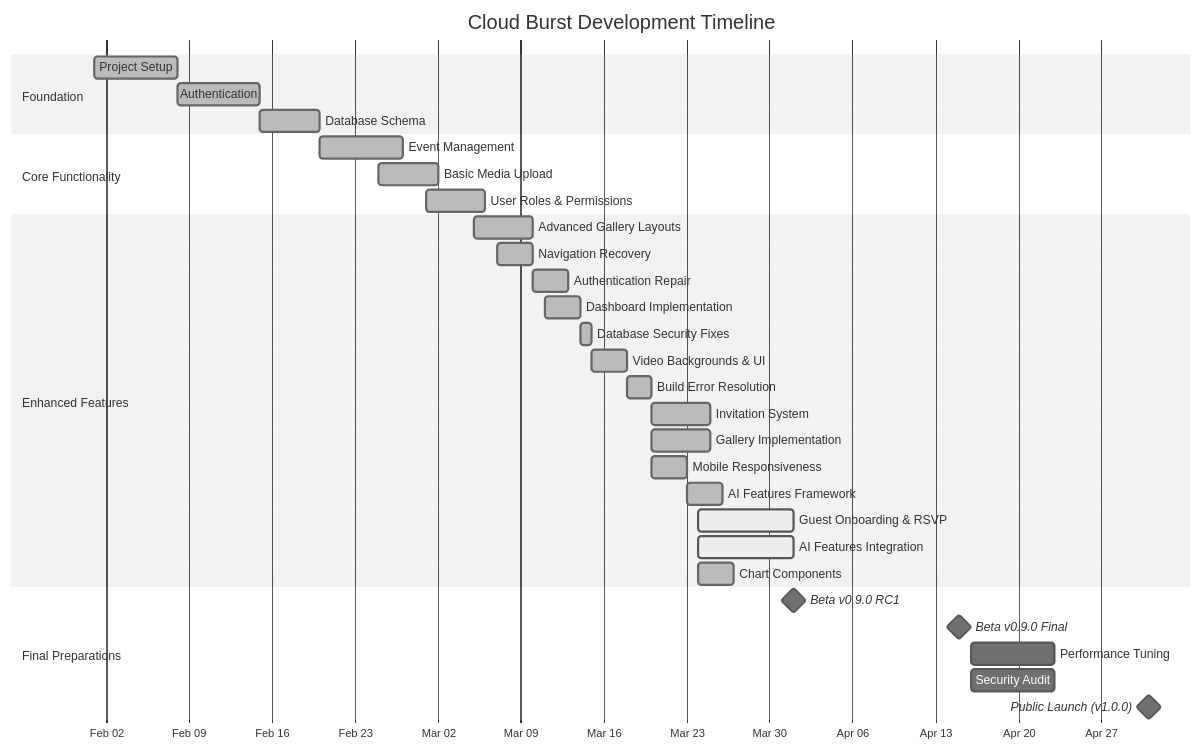
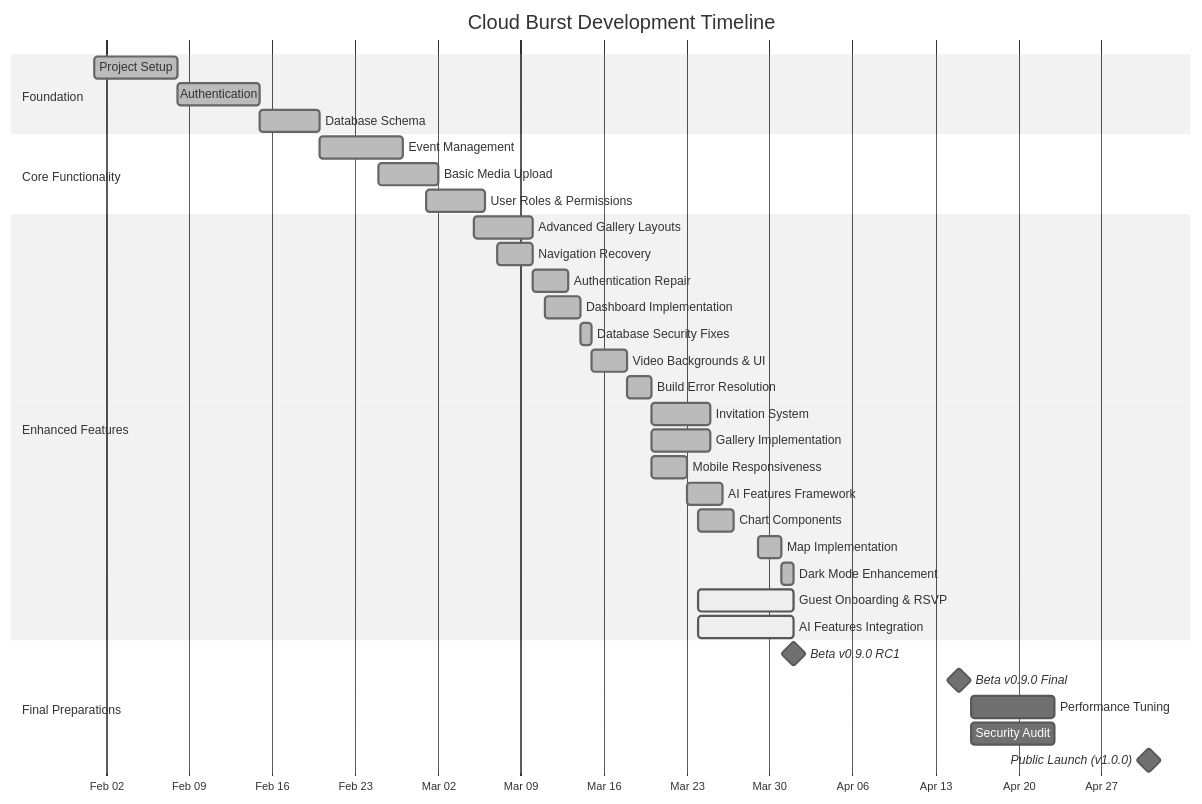
One commit to mrj0nesmtl/cloud-burst changed the first of 2 diagrams in docs/planning/roadmap.md. Above: the diagram before and after it, drawn with Mermaid (neutral theme). The commit also changed other lines of this file and 2 other files, not shown here.

````diff
--- a/docs/planning/roadmap.md
+++ b/docs/planning/roadmap.md
@@ -134,39 +144,41 @@
 ```mermaid
 gantt
     title Cloud Burst Development Timeline
     dateFormat  YYYY-MM-DD
     axisFormat %b %d
     
     section Foundation
     Project Setup           :done, f1, 2025-02-01, 7d
     Authentication          :done, f2, 2025-02-08, 7d
     Database Schema         :done, f3, 2025-02-15, 5d
     
     section Core Functionality
     Event Management        :done, c1, 2025-02-20, 7d
     Basic Media Upload      :done, c2, 2025-02-25, 5d
     User Roles & Permissions:done, c3, 2025-03-01, 5d
     
     section Enhanced Features
     Advanced Gallery Layouts:done, e1, 2025-03-05, 5d
     Navigation Recovery     :done, e2, 2025-03-07, 3d
     Authentication Repair   :done, e3, 2025-03-10, 3d
     Dashboard Implementation:done, e4, 2025-03-11, 3d
     Database Security Fixes :done, e5, 2025-03-14, 1d
     Video Backgrounds & UI  :done, e6, 2025-03-15, 3d
     Build Error Resolution  :done, e7, 2025-03-18, 2d
     Invitation System       :done, e8, 2025-03-20, 5d
     Gallery Implementation  :done, e9, 2025-03-20, 5d
     Mobile Responsiveness   :done, e10, 2025-03-20, 3d
     AI Features Framework   :done, e11, 2025-03-23, 3d
+    Chart Components        :done, e14, 2025-03-24, 3d
+    Map Implementation      :done, e15, 2025-03-29, 2d
+    Dark Mode Enhancement   :done, e16, 2025-03-31, 1d
     Guest Onboarding & RSVP :active, e12, 2025-03-24, 8d
     AI Features Integration :active, e13, 2025-03-24, 8d
-    Chart Components        :done, e14, 2025-03-24, 3d
     
     section Final Preparations
     Beta v0.9.0 RC1         :milestone, b1, 2025-04-01, 0d
     Beta v0.9.0 Final       :milestone, b2, 2025-04-15, 0d
     Performance Tuning      :o1, 2025-04-16, 7d
     Security Audit          :o2, 2025-04-16, 7d
     Public Launch (v1.0.0)  :milestone, l3, 2025-05-01, 0d
 ```
````
